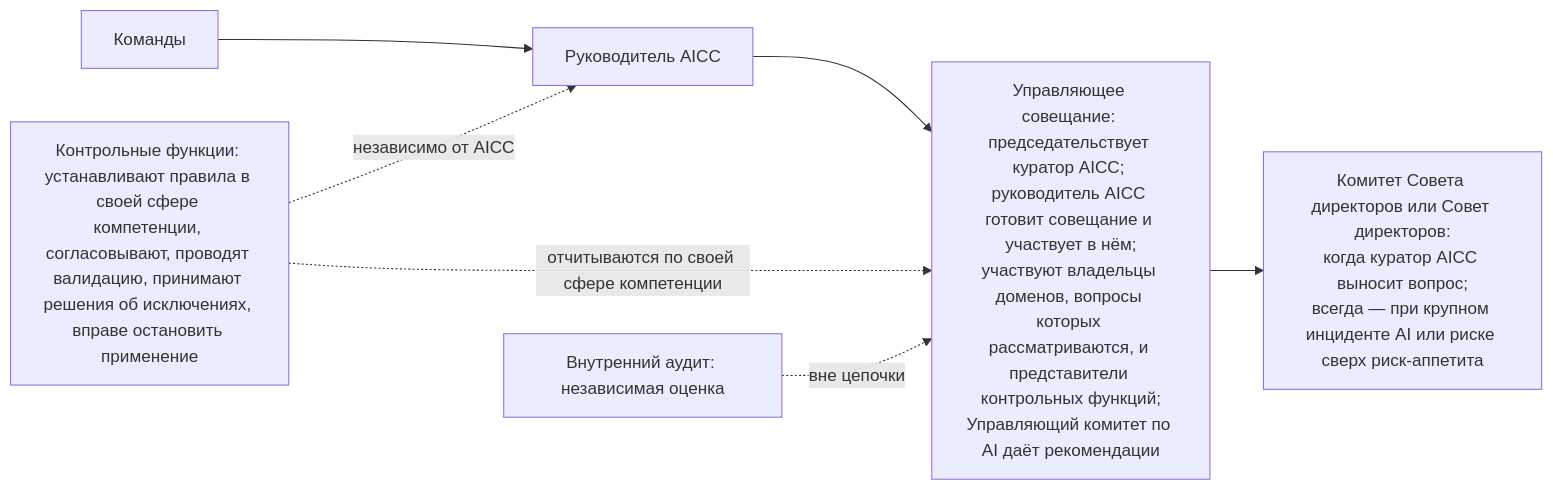
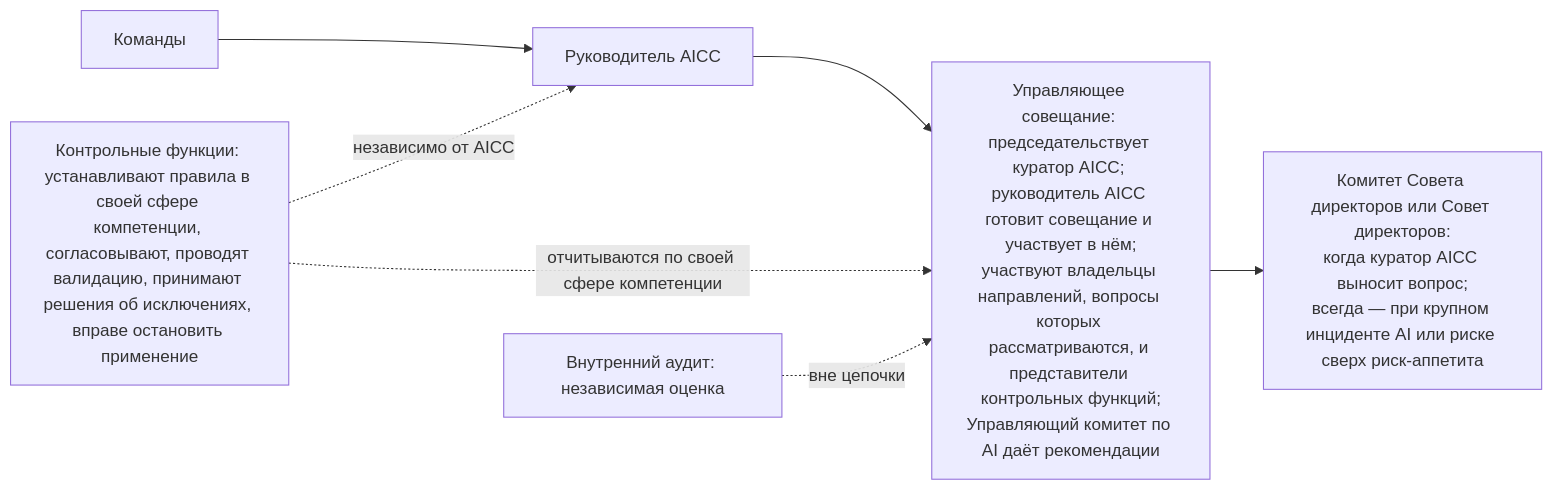
One commit to devhogu/ob-aicc changed the fifth of 6 diagrams in charter/ru/workflows/unit-governance.md. Above: the diagram before and after it, drawn with Mermaid. The commit also changed 290 other files, not shown here.

````diff
--- a/charter/ru/workflows/unit-governance.md
+++ b/charter/ru/workflows/unit-governance.md
@@ -156,7 +156,7 @@
 ```mermaid
 flowchart LR
-  T["Команды"] --> L["Руководитель AICC"] --> S["Управляющее совещание: председательствует куратор AICC; руководитель AICC готовит совещание и участвует в нём;<br/>участвуют владельцы доменов, вопросы которых рассматриваются, и представители контрольных функций;<br/>Управляющий комитет по AI даёт рекомендации"] --> B["Комитет Совета директоров или Совет директоров:<br/>когда куратор AICC выносит вопрос;<br/>всегда — при крупном инциденте AI или риске сверх риск-аппетита"]
+  T["Команды"] --> L["Руководитель AICC"] --> S["Управляющее совещание: председательствует куратор AICC; руководитель AICC готовит совещание и участвует в нём;<br/>участвуют владельцы направлений, вопросы которых рассматриваются, и представители контрольных функций;<br/>Управляющий комитет по AI даёт рекомендации"] --> B["Комитет Совета директоров или Совет директоров:<br/>когда куратор AICC выносит вопрос;<br/>всегда — при крупном инциденте AI или риске сверх риск-аппетита"]
   CF["Контрольные функции: устанавливают правила в своей сфере компетенции, согласовывают, проводят валидацию, принимают решения об исключениях, вправе остановить применение"] -.->|"независимо от AICC"| L
   CF -.->|"отчитываются по своей сфере компетенции"| S
   IA["Внутренний аудит: независимая оценка"] -.->|"вне цепочки"| S
 ```
````
